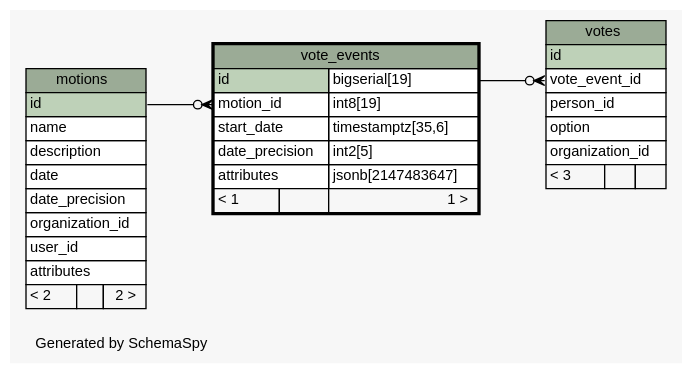
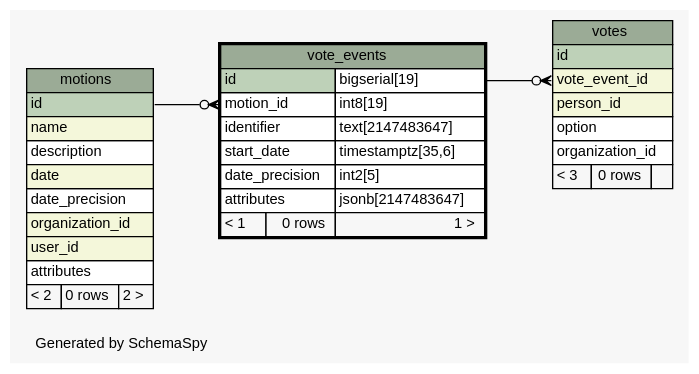
The diagram in api/schema/diagrams/vote_events.1degree.dot (michalskop/hlasovali.cz), drawn with Graphviz before and after one commit. The commit also changed 249 other files, not shown here.

```diff
--- a/api/schema/diagrams/vote_events.1degree.dot
+++ b/api/schema/diagrams/vote_events.1degree.dot
@@ -1,69 +1,70 @@
-// dot 2.36.0 on Linux 3.13.0-85-generic
+// dot 2.36.0 on Linux 3.13.0-91-generic
 // SchemaSpy rev 590
 digraph "oneDegreeRelationshipsDiagram" {
   graph [
     rankdir="RL"
     bgcolor="#f7f7f7"
     label="\nGenerated by SchemaSpy"
     labeljust="l"
     nodesep="0.18"
     ranksep="0.46"
     fontname="Helvetica"
     fontsize="11"
   ];
   node [
     fontname="Helvetica"
     fontsize="11"
     shape="plaintext"
   ];
   edge [
     arrowsize="0.8"
   ];
   "vote_events":"motion_id":w -> "motions":"id":e [arrowhead=none dir=back arrowtail=crowodot];
   "votes":"vote_event_id":w -> "vote_events":"id.type":e [arrowhead=none dir=back arrowtail=crowodot];
   "motions" [
     label=<
     <TABLE BORDER="0" CELLBORDER="1" CELLSPACING="0" BGCOLOR="#ffffff">
       <TR><TD COLSPAN="3" BGCOLOR="#9bab96" ALIGN="CENTER">motions</TD></TR>
       <TR><TD PORT="id" COLSPAN="3" BGCOLOR="#bed1b8" ALIGN="LEFT">id</TD></TR>
-      <TR><TD PORT="name" COLSPAN="3" ALIGN="LEFT">name</TD></TR>
+      <TR><TD PORT="name" COLSPAN="3" BGCOLOR="#f4f7da" ALIGN="LEFT">name</TD></TR>
       <TR><TD PORT="description" COLSPAN="3" ALIGN="LEFT">description</TD></TR>
-      <TR><TD PORT="date" COLSPAN="3" ALIGN="LEFT">date</TD></TR>
+      <TR><TD PORT="date" COLSPAN="3" BGCOLOR="#f4f7da" ALIGN="LEFT">date</TD></TR>
       <TR><TD PORT="date_precision" COLSPAN="3" ALIGN="LEFT">date_precision</TD></TR>
-      <TR><TD PORT="organization_id" COLSPAN="3" ALIGN="LEFT">organization_id</TD></TR>
-      <TR><TD PORT="user_id" COLSPAN="3" ALIGN="LEFT">user_id</TD></TR>
+      <TR><TD PORT="organization_id" COLSPAN="3" BGCOLOR="#f4f7da" ALIGN="LEFT">organization_id</TD></TR>
+      <TR><TD PORT="user_id" COLSPAN="3" BGCOLOR="#f4f7da" ALIGN="LEFT">user_id</TD></TR>
       <TR><TD PORT="attributes" COLSPAN="3" ALIGN="LEFT">attributes</TD></TR>
-      <TR><TD ALIGN="LEFT" BGCOLOR="#f7f7f7">&lt; 2</TD><TD ALIGN="RIGHT" BGCOLOR="#f7f7f7">  </TD><TD ALIGN="RIGHT" BGCOLOR="#f7f7f7">2 &gt;</TD></TR>
+      <TR><TD ALIGN="LEFT" BGCOLOR="#f7f7f7">&lt; 2</TD><TD ALIGN="RIGHT" BGCOLOR="#f7f7f7">0 rows</TD><TD ALIGN="RIGHT" BGCOLOR="#f7f7f7">2 &gt;</TD></TR>
     </TABLE>>
     URL="motions.html"
     tooltip="motions"
   ];
   "vote_events" [
     label=<
     <TABLE BORDER="2" CELLBORDER="1" CELLSPACING="0" BGCOLOR="#ffffff">
       <TR><TD COLSPAN="3" BGCOLOR="#9bab96" ALIGN="CENTER">vote_events</TD></TR>
       <TR><TD PORT="id" COLSPAN="2" BGCOLOR="#bed1b8" ALIGN="LEFT">id</TD><TD PORT="id.type" ALIGN="LEFT">bigserial[19]</TD></TR>
       <TR><TD PORT="motion_id" COLSPAN="2" ALIGN="LEFT">motion_id</TD><TD PORT="motion_id.type" ALIGN="LEFT">int8[19]</TD></TR>
+      <TR><TD PORT="identifier" COLSPAN="2" ALIGN="LEFT">identifier</TD><TD PORT="identifier.type" ALIGN="LEFT">text[2147483647]</TD></TR>
       <TR><TD PORT="start_date" COLSPAN="2" ALIGN="LEFT">start_date</TD><TD PORT="start_date.type" ALIGN="LEFT">timestamptz[35,6]</TD></TR>
       <TR><TD PORT="date_precision" COLSPAN="2" ALIGN="LEFT">date_precision</TD><TD PORT="date_precision.type" ALIGN="LEFT">int2[5]</TD></TR>
       <TR><TD PORT="attributes" COLSPAN="2" ALIGN="LEFT">attributes</TD><TD PORT="attributes.type" ALIGN="LEFT">jsonb[2147483647]</TD></TR>
-      <TR><TD ALIGN="LEFT" BGCOLOR="#f7f7f7">&lt; 1</TD><TD ALIGN="RIGHT" BGCOLOR="#f7f7f7">  </TD><TD ALIGN="RIGHT" BGCOLOR="#f7f7f7">1 &gt;</TD></TR>
+      <TR><TD ALIGN="LEFT" BGCOLOR="#f7f7f7">&lt; 1</TD><TD ALIGN="RIGHT" BGCOLOR="#f7f7f7">0 rows</TD><TD ALIGN="RIGHT" BGCOLOR="#f7f7f7">1 &gt;</TD></TR>
     </TABLE>>
     URL="vote_events.html"
     tooltip="vote_events"
   ];
   "votes" [
     label=<
     <TABLE BORDER="0" CELLBORDER="1" CELLSPACING="0" BGCOLOR="#ffffff">
       <TR><TD COLSPAN="3" BGCOLOR="#9bab96" ALIGN="CENTER">votes</TD></TR>
       <TR><TD PORT="id" COLSPAN="3" BGCOLOR="#bed1b8" ALIGN="LEFT">id</TD></TR>
-      <TR><TD PORT="vote_event_id" COLSPAN="3" ALIGN="LEFT">vote_event_id</TD></TR>
-      <TR><TD PORT="person_id" COLSPAN="3" ALIGN="LEFT">person_id</TD></TR>
+      <TR><TD PORT="vote_event_id" COLSPAN="3" BGCOLOR="#f4f7da" ALIGN="LEFT">vote_event_id</TD></TR>
+      <TR><TD PORT="person_id" COLSPAN="3" BGCOLOR="#f4f7da" ALIGN="LEFT">person_id</TD></TR>
       <TR><TD PORT="option" COLSPAN="3" ALIGN="LEFT">option</TD></TR>
       <TR><TD PORT="organization_id" COLSPAN="3" ALIGN="LEFT">organization_id</TD></TR>
-      <TR><TD ALIGN="LEFT" BGCOLOR="#f7f7f7">&lt; 3</TD><TD ALIGN="RIGHT" BGCOLOR="#f7f7f7">  </TD><TD ALIGN="RIGHT" BGCOLOR="#f7f7f7">  </TD></TR>
+      <TR><TD ALIGN="LEFT" BGCOLOR="#f7f7f7">&lt; 3</TD><TD ALIGN="RIGHT" BGCOLOR="#f7f7f7">0 rows</TD><TD ALIGN="RIGHT" BGCOLOR="#f7f7f7">  </TD></TR>
     </TABLE>>
     URL="votes.html"
     tooltip="votes"
   ];
 }
```
